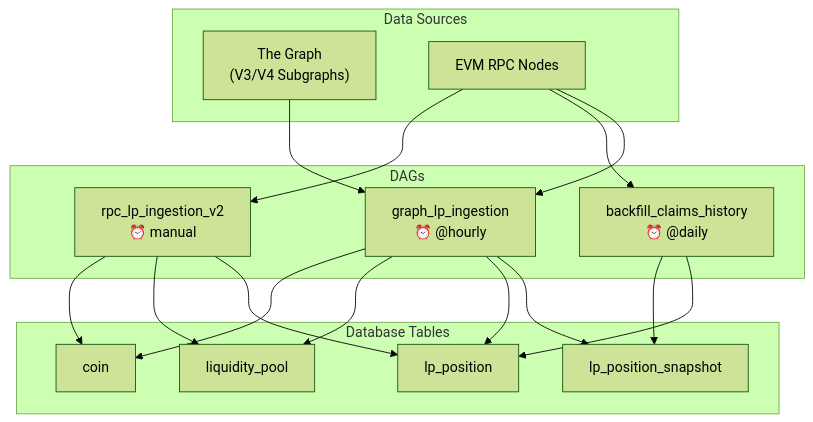
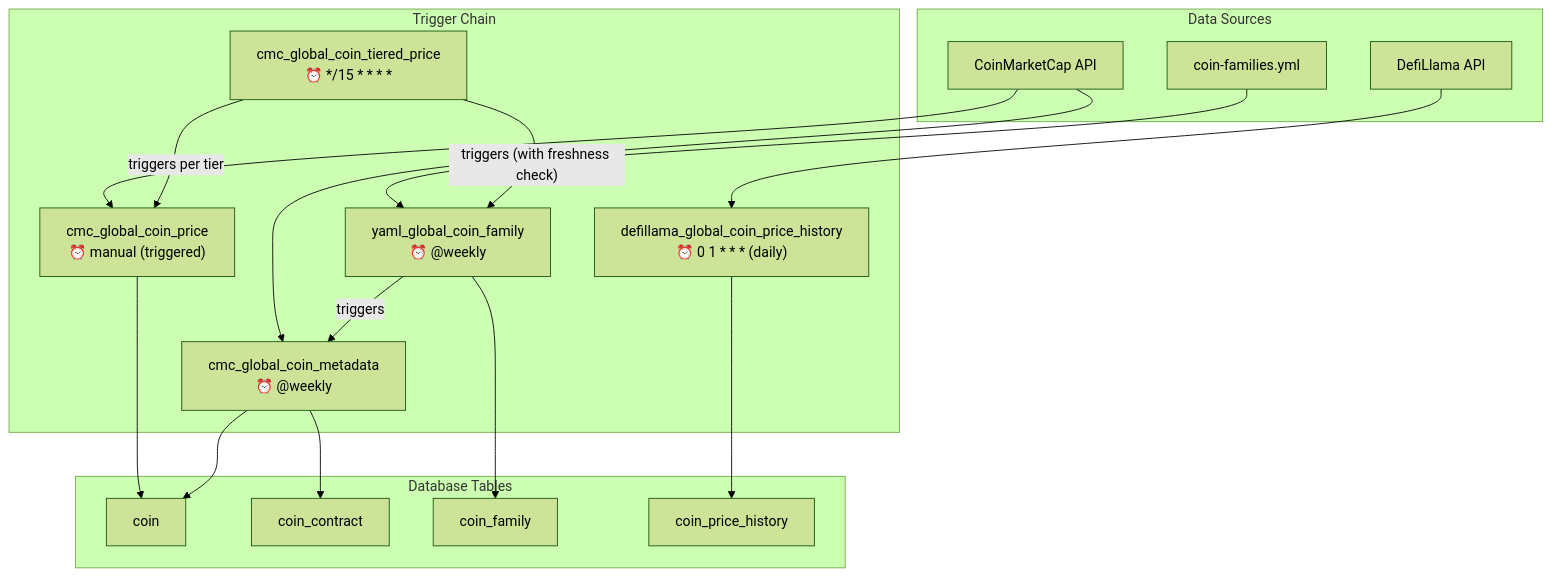
Before and after one commit to bekisz/chaintelligence: the second of 6 diagrams in chain-feeder/docs/DAGS.md, drawn with Mermaid (forest theme). The commit also changed other lines of this file and 47 other files, not shown here.

````diff
--- a/chain-feeder/docs/DAGS.md
+++ b/chain-feeder/docs/DAGS.md
@@ -133,38 +76,38 @@
 ```mermaid
 graph TD
-    subgraph Sources["Data Sources"]
-        GRAPH["The Graph<br/>(V3/V4 Subgraphs)"]
-        RPC_N["EVM RPC Nodes"]
+    subgraph Triggers["Trigger Chain"]
+        TIERED["cmc_global_coin_tiered_price<br/>⏰ */15 * * * *"]
+        FAMILY["yaml_global_coin_family<br/>⏰ @weekly"]
+        META["cmc_global_coin_metadata<br/>⏰ @weekly"]
+        PRICE["cmc_global_coin_price<br/>⏰ manual (triggered)"]
+        CPHF["defillama_global_coin_price_history<br/>⏰ 0 1 * * * (daily)"]
     end
 
-    subgraph DAGs["DAGs"]
-        GRAPH_LP["graph_lp_ingestion<br/>⏰ @hourly"]
-        RPC_LP["rpc_lp_ingestion_v2<br/>⏰ manual"]
-        CLAIMS["backfill_claims_history<br/>⏰ @daily"]
+    TIERED -- "triggers (with freshness check)" --> FAMILY
+    TIERED -- "triggers per tier" --> PRICE
+    FAMILY -- "triggers" --> META
+
+    subgraph Sources["Data Sources"]
+        CMC["CoinMarketCap API"]
+        DL["DefiLlama API"]
+        YAML["coin-families.yml"]
     end
 
-    GRAPH --> GRAPH_LP
-    RPC_N --> RPC_LP
-    RPC_N --> CLAIMS
-    RPC_N --> GRAPH_LP
+    CMC --> META
+    CMC --> PRICE
+    DL --> CPHF
+    YAML --> FAMILY
 
     subgraph Tables["Database Tables"]
-        COIN["coin"]
-        POOL["liquidity_pool"]
-        POS["lp_position"]
-        SNAP["lp_position_snapshot"]
+        COIN_T["coin"]
+        CC_T["coin_contract"]
+        CF_T["coin_family"]
+        CPH_T["coin_price_history"]
     end
 
-    GRAPH_LP --> COIN
-    GRAPH_LP --> POOL
-    GRAPH_LP --> POS
-    GRAPH_LP --> SNAP
-
-
-    RPC_LP --> COIN
-    RPC_LP --> POOL
-    RPC_LP --> POS
-
-    CLAIMS --> SNAP
-    CLAIMS --> POS
+    META --> COIN_T
+    META --> CC_T
+    FAMILY --> CF_T
+    PRICE --> COIN_T
+    CPHF --> CPH_T
 ```
````
